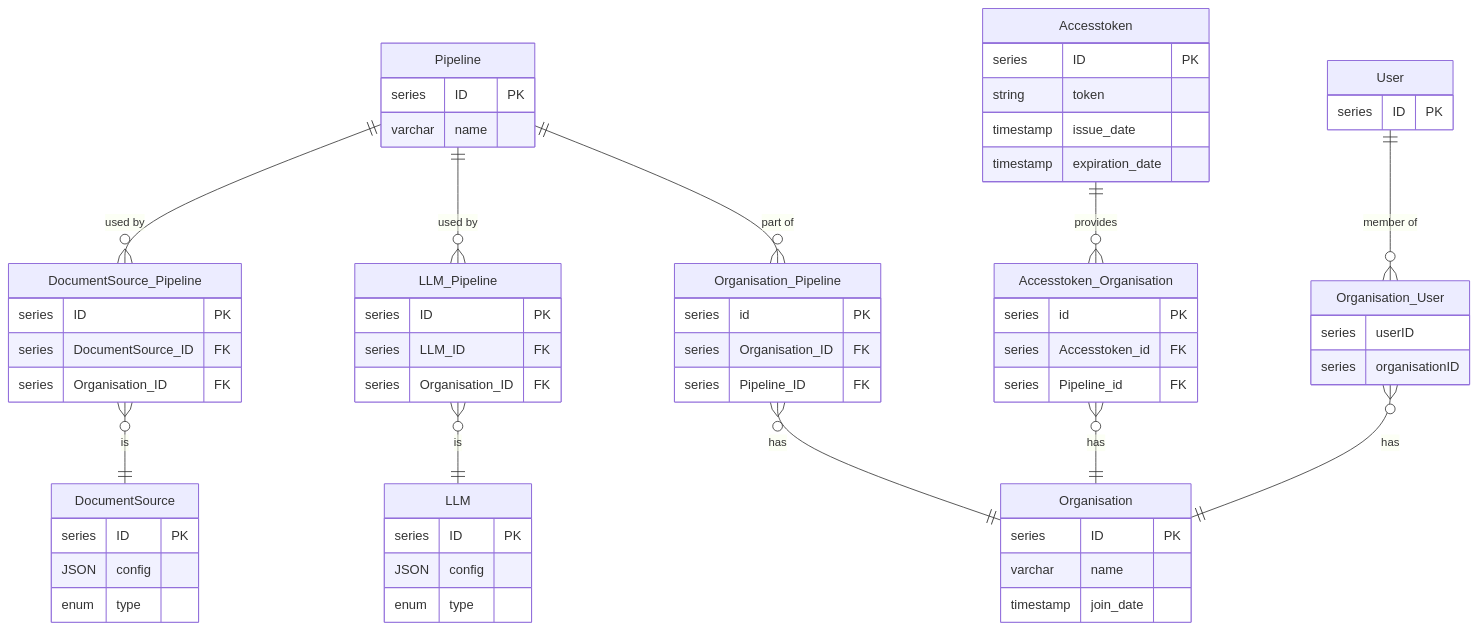
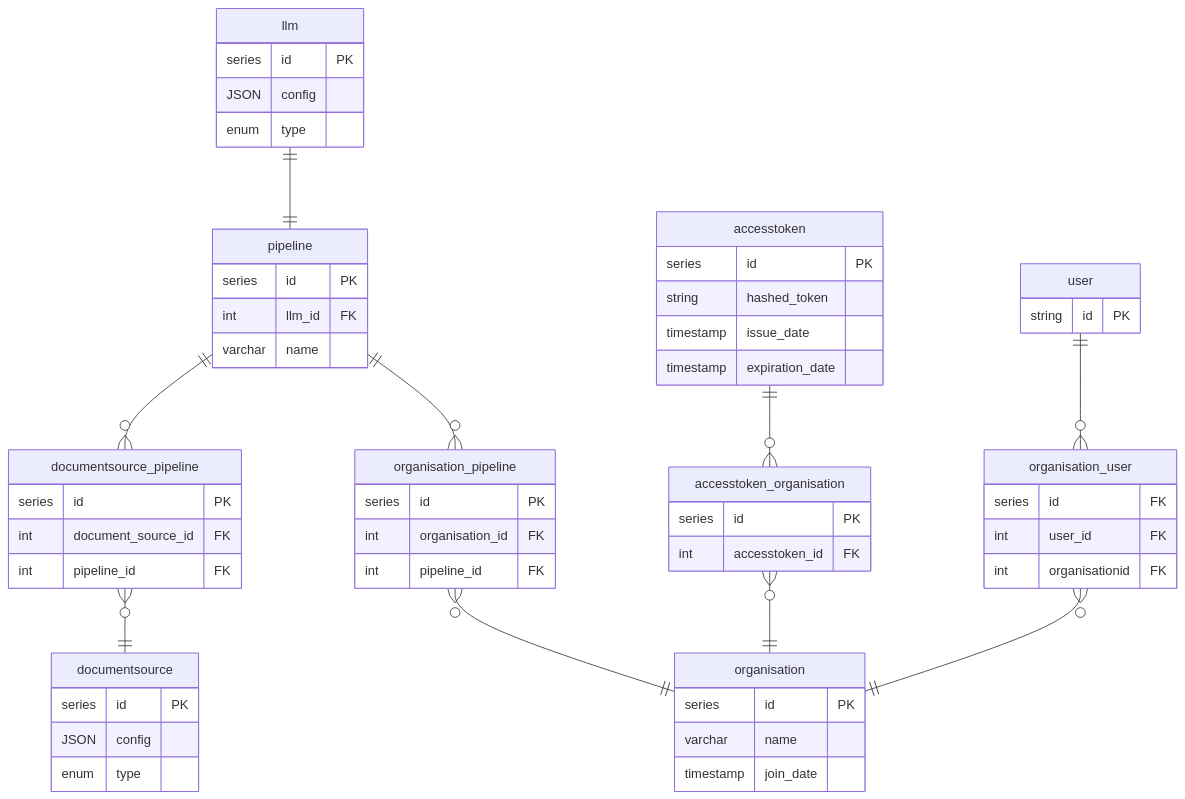
Before and after one commit to cy2hq/fontys-project-faqllm23-documentation: the diagram in README.md, drawn with Mermaid. The commit also changed other lines of this file, not shown here.

````diff
--- a/README.md
+++ b/README.md
@@ -2,83 +3,76 @@
 ```mermaid
 erDiagram
 
-Pipeline ||--o{ DocumentSource_Pipeline : "used by"
-DocumentSource_Pipeline }o--|| DocumentSource: is
+pipeline ||--o{ documentsource_pipeline : ""
+documentsource_pipeline }o--|| documentsource: ""
 
-Pipeline ||--o{ LLM_Pipeline : "used by"
-LLM_Pipeline }o--|| LLM: is
+accesstoken ||--o{ accesstoken_organisation : ""
+accesstoken_organisation }o--|| organisation: ""
 
-Accesstoken ||--o{ Accesstoken_Organisation : provides
-Accesstoken_Organisation }o--|| Organisation: "has"
+pipeline ||--o{ organisation_pipeline : ""
+organisation_pipeline }o--|| organisation: ""
 
-Pipeline ||--o{ Organisation_Pipeline : "part of"
-Organisation_Pipeline }o--|| Organisation: "has"
+user ||--o{ organisation_user : ""
+organisation_user }o--|| organisation: ""
 
-User ||--o{ Organisation_User : "member of"
-Organisation_User }o--|| Organisation: "has"
+llm ||--|| pipeline : ""
 
 
-Organisation {
-    series ID PK
+organisation {
+    series id PK
     varchar name
     timestamp join_date
 }
 
-User {
-    series ID PK
+user {
+    string id PK
 }
 
-Accesstoken {
-    series ID PK
-    string token
+accesstoken {
+    series id PK
+    string hashed_token
     timestamp issue_date
     timestamp expiration_date
 }
 
-DocumentSource {
-    series ID PK
+documentsource {
+    series id PK
     JSON config
     enum type
 }
 
-LLM {
-    series ID PK
+pipeline {
+    series id PK
+    int llm_id FK
+    varchar name
+}
+
+llm {
+    series id PK
     JSON config
     enum type
 }
 
-Pipeline {
-    series ID PK
-    varchar name
+documentsource_pipeline {
+    series id PK
+    int document_source_id FK
+    int pipeline_id FK
 }
 
-DocumentSource_Pipeline {
-    series ID PK
-    series DocumentSource_ID FK
-    series Organisation_ID FK
+organisation_user { 
+    series id FK
+    int user_id FK
+    int organisationid FK
 }
 
-LLM_Pipeline {
-    series ID PK
-    series LLM_ID FK
-    series Organisation_ID FK
+accesstoken_organisation {
+    series id PK
+    int accesstoken_id FK
 }
 
-Organisation_User {
-    series userID
-    series organisationID
+organisation_pipeline {
+    series id PK
+    int organisation_id FK
+    int pipeline_id FK
 }
-
-Accesstoken_Organisation {
-    series id PK
-    series Accesstoken_id FK
-    series Pipeline_id FK
-}
-
-Organisation_Pipeline {
-    series id PK
-    series Organisation_ID FK
-    series Pipeline_ID FK
-}
-
 ```
````
